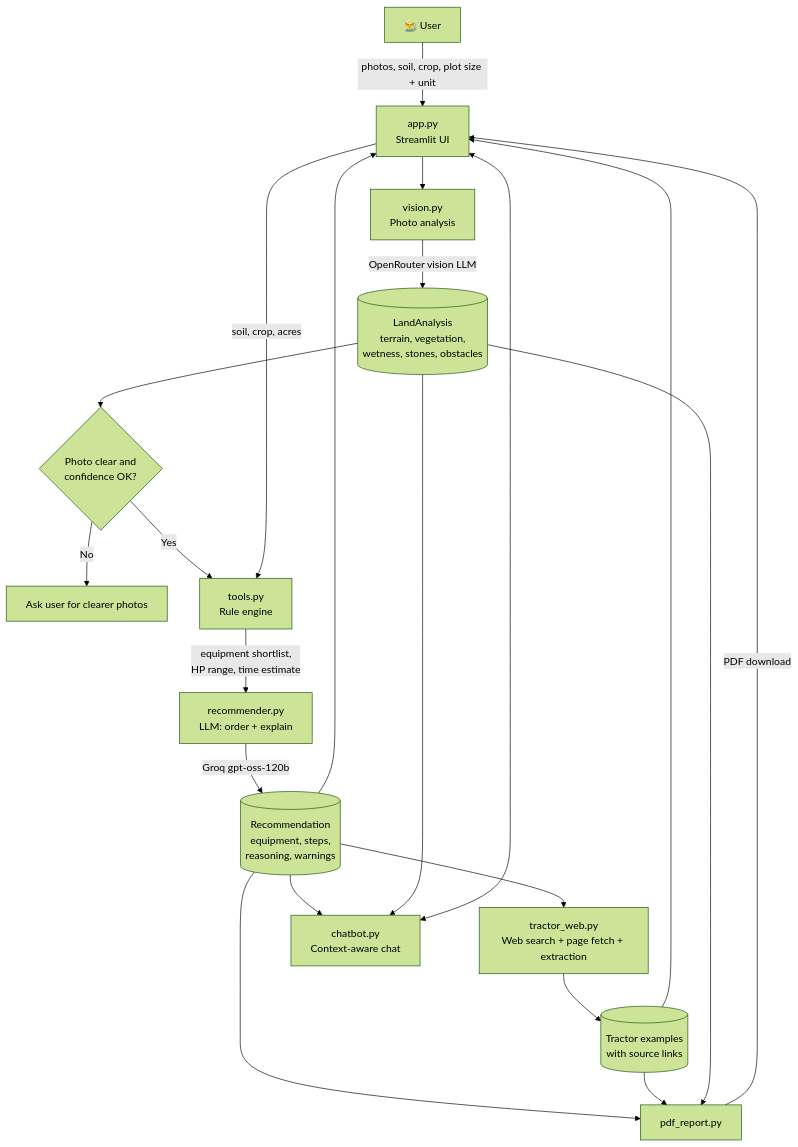
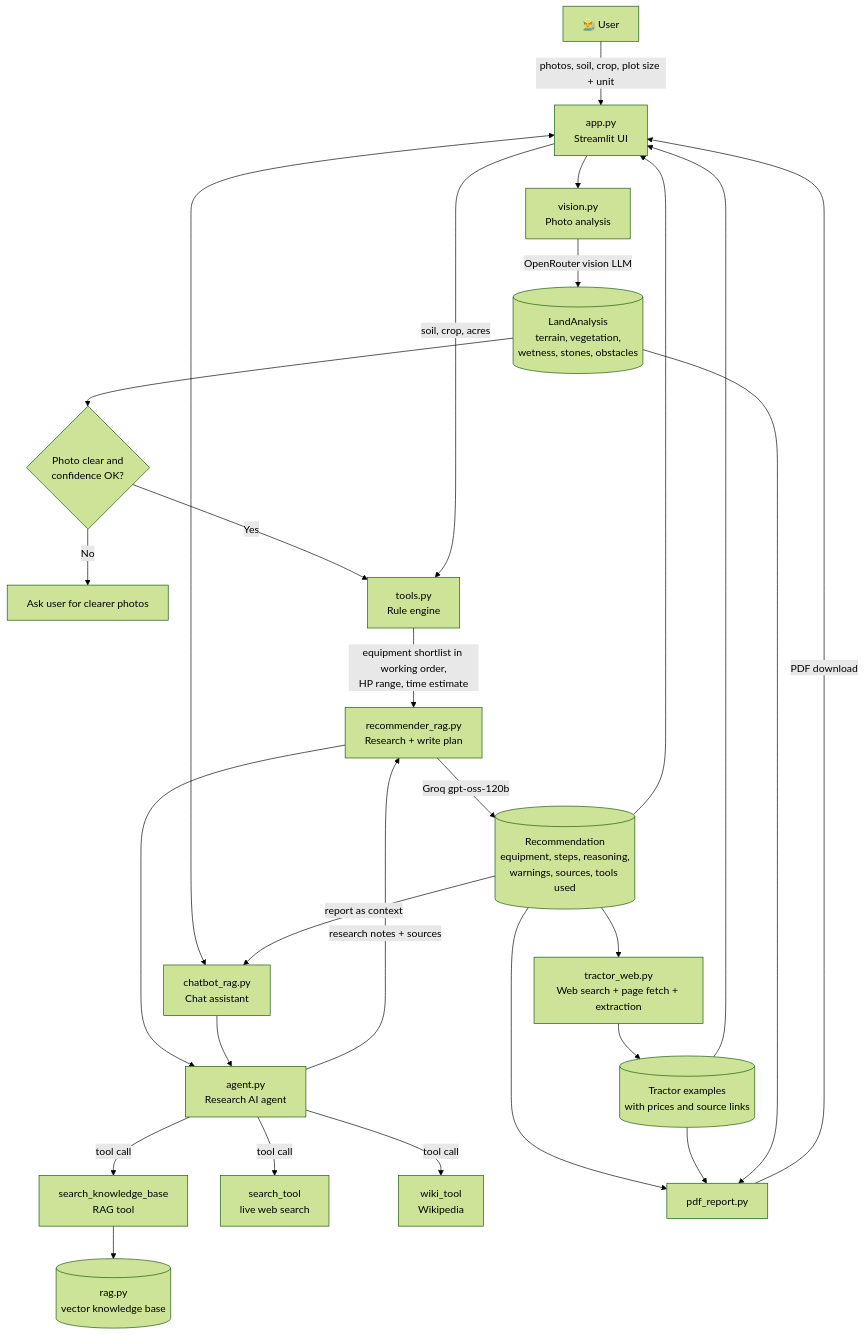
One commit to prajapatigagan/AI-Based_Land_Preparation changed the diagram in README.md. Above: the diagram before and after it, drawn with Mermaid (forest theme). The commit also changed other lines of this file, not shown here.

````diff
--- a/README.md
+++ b/README.md
@@ -36,31 +38,38 @@
 ```mermaid
 flowchart TD
     U[👨‍🌾 User] -->|photos, soil, crop, plot size + unit| UI[app.py<br/>Streamlit UI]
 
     UI --> V[vision.py<br/>Photo analysis]
     V -->|OpenRouter vision LLM| LA[(LandAnalysis<br/>terrain, vegetation,<br/>wetness, stones, obstacles)]
 
     LA --> Q{Photo clear and<br/>confidence OK?}
     Q -- No --> W[Ask user for clearer photos]
     Q -- Yes --> R[tools.py<br/>Rule engine]
 
     UI -->|soil, crop, acres| R
-    R -->|equipment shortlist,<br/>HP range, time estimate| REC[recommender.py<br/>LLM: order + explain]
+    R -->|equipment shortlist in working order,<br/>HP range, time estimate| REC[recommender_rag.py<br/>Research + write plan]
 
-    REC -->|Groq gpt-oss-120b| RES[(Recommendation<br/>equipment, steps,<br/>reasoning, warnings)]
+    REC --> AG[agent.py<br/>Research AI agent]
+    AG -->|tool call| KB[search_knowledge_base<br/>RAG tool]
+    AG -->|tool call| WS[search_tool<br/>live web search]
+    AG -->|tool call| WK[wiki_tool<br/>Wikipedia]
+    KB --> RAG[(rag.py<br/>vector knowledge base)]
+    AG -->|research notes + sources| REC
+
+    REC -->|Groq gpt-oss-120b| RES[(Recommendation<br/>equipment, steps, reasoning,<br/>warnings, sources, tools used)]
 
     RES --> T[tractor_web.py<br/>Web search + page fetch + extraction]
-    T --> TR[(Tractor examples<br/>with source links)]
+    T --> TR[(Tractor examples<br/>with prices and source links)]
 
     RES --> P[pdf_report.py]
     TR --> P
     LA --> P
 
     RES --> UI
     TR --> UI
     P -->|PDF download| UI
 
-    RES --> C[chatbot.py<br/>Context-aware chat]
-    LA --> C
-    C <--> UI
+    UI <--> C[chatbot_rag.py<br/>Chat assistant]
+    C --> AG
+    RES -->|report as context| C
 ```
````
